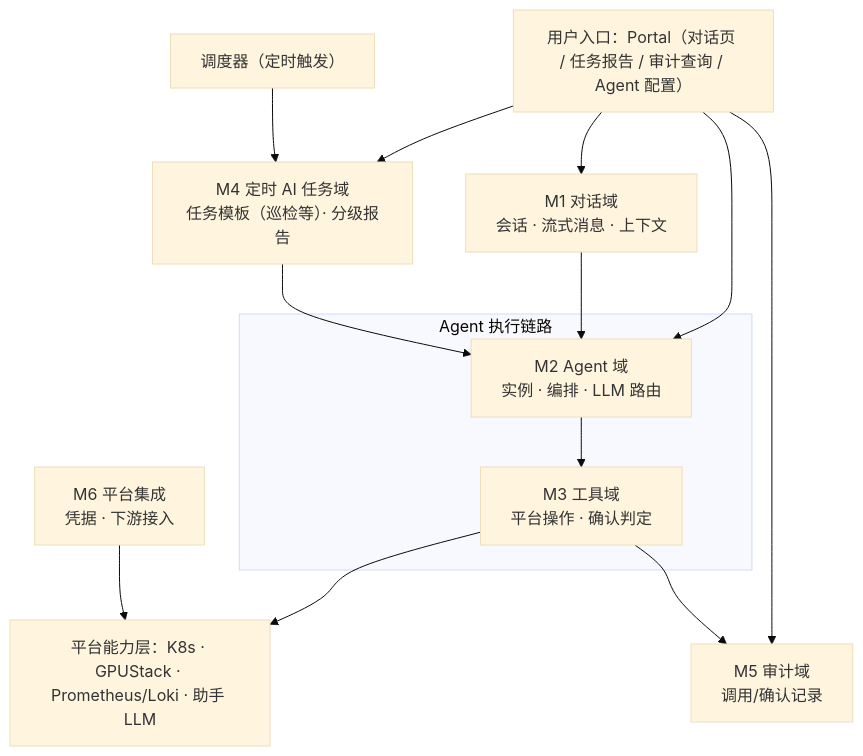
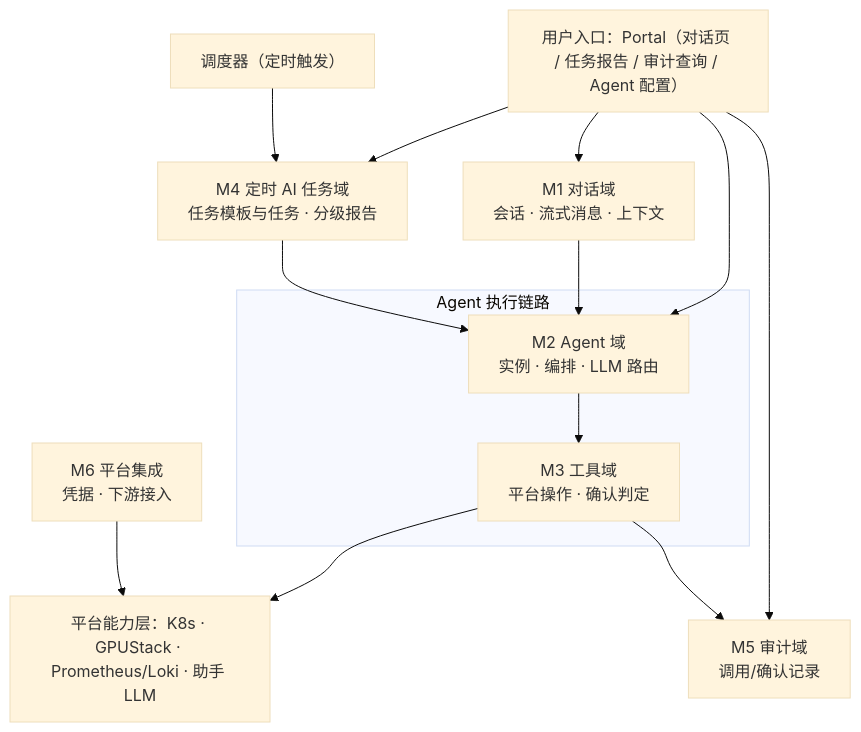
The diagram in docs/cubepilot/CubeStack-平台智能助手-CubePilot-功能需求细化文档.md (suanova/cubepilot), drawn with Mermaid (base theme) before and after one commit. The commit also changed other lines of this file and 1 other file, not shown here.

````diff
--- a/docs/cubepilot/CubeStack-平台智能助手-CubePilot-功能需求细化文档.md
+++ b/docs/cubepilot/CubeStack-平台智能助手-CubePilot-功能需求细化文档.md
@@ -56,29 +56,29 @@
 ```mermaid
 flowchart TB
     U["用户入口：Portal（对话页 / 任务报告 / 审计查询 / Agent 配置）"]
 
     S["调度器（定时触发）"]
     M1["M1 对话域<br/>会话 · 流式消息 · 上下文"]
-    M4["M4 定时 AI 任务域<br/>任务模板（巡检等）· 分级报告"]
+    M4["M4 定时 AI 任务域<br/>任务模板与任务 · 分级报告"]
 
     subgraph exec["Agent 执行链路"]
         M2["M2 Agent 域<br/>实例 · 编排 · LLM 路由"]
         M3["M3 工具域<br/>平台操作 · 确认判定"]
         M2 --> M3
     end
 
     M5["M5 审计域<br/>调用/确认记录"]
     M6["M6 平台集成<br/>凭据 · 下游接入"]
     P["平台能力层：K8s · GPUStack · Prometheus/Loki · 助手 LLM"]
 
     U --> M1
     U --> M2
     U --> M4
     U --> M5
     S --> M4
     M1 --> M2
     M4 --> M2
     M3 --> P
     M3 --> M5
     M6 --> P
 ```
````
